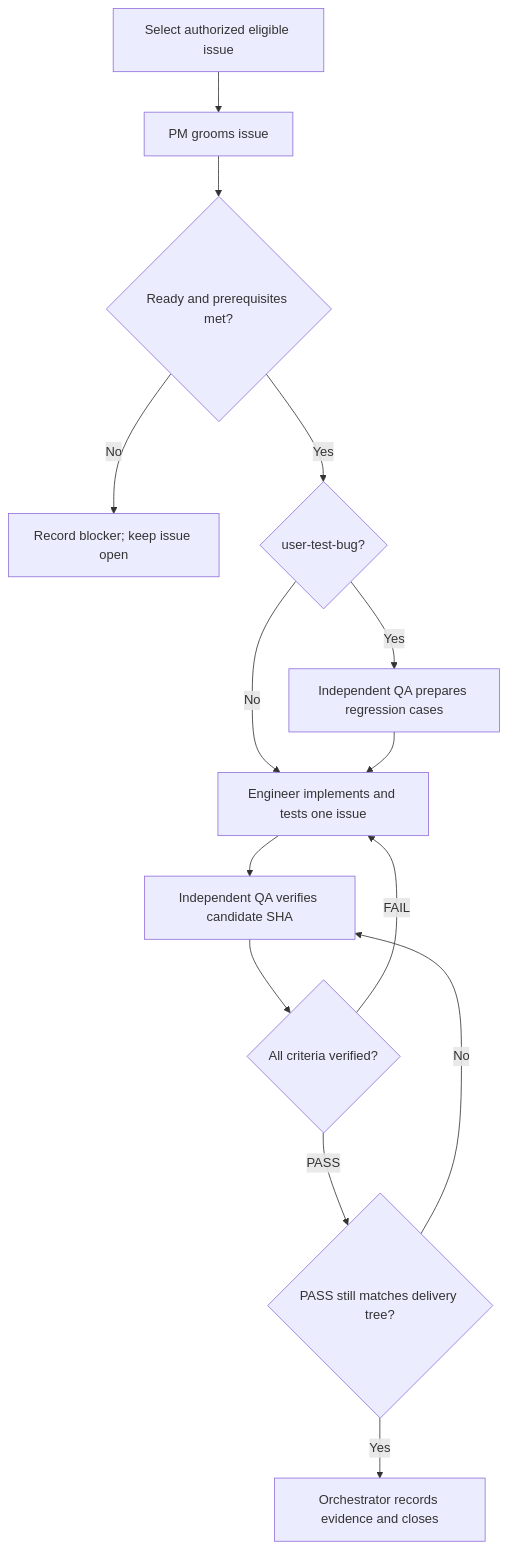
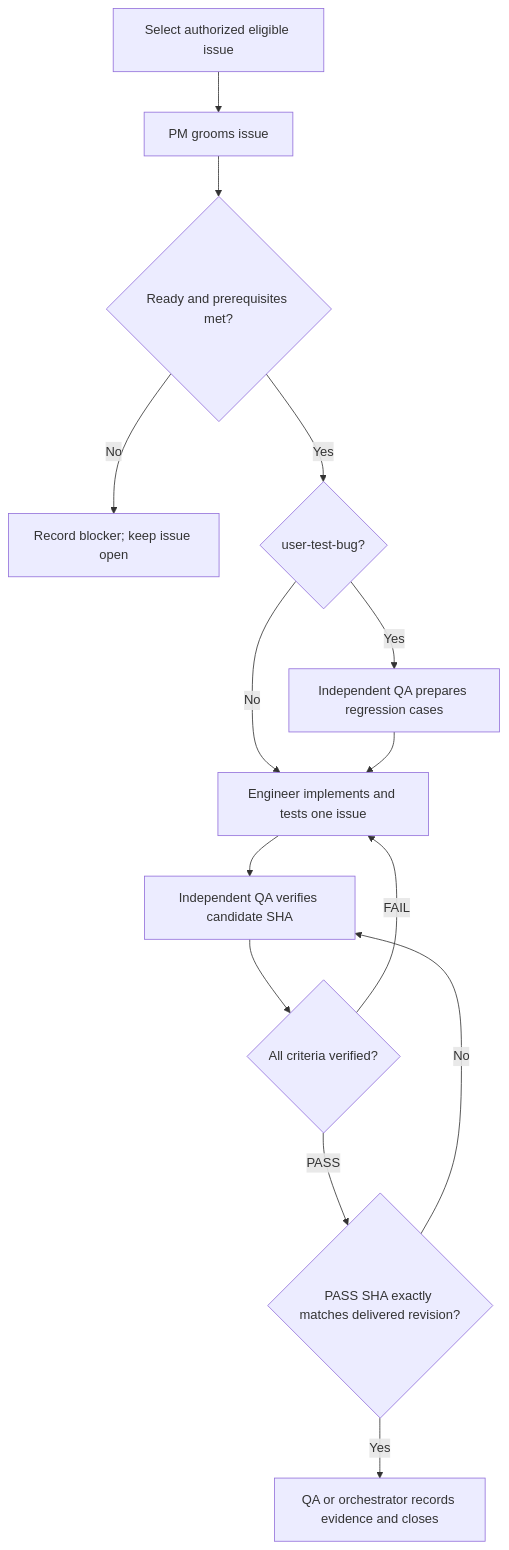
Before and after one commit to ttogzhann/freshfirst-market: the diagram in docs/process.md, drawn with Mermaid. The commit also changed other lines of this file and 11 other files, not shown here.

````diff
--- a/docs/process.md
+++ b/docs/process.md
@@ -36,16 +36,16 @@
 ```mermaid
 flowchart TD
     Select[Select authorized eligible issue] --> PM[PM grooms issue]
     PM --> Ready{Ready and prerequisites met?}
     Ready -- No --> Hold[Record blocker; keep issue open]
     Ready -- Yes --> Kind{user-test-bug?}
     Kind -- Yes --> Cases[Independent QA prepares regression cases]
     Kind -- No --> Engineer[Engineer implements and tests one issue]
     Cases --> Engineer
     Engineer --> QA[Independent QA verifies candidate SHA]
     QA --> Verdict{All criteria verified?}
     Verdict -- FAIL --> Engineer
-    Verdict -- PASS --> Gate{PASS still matches delivery tree?}
+    Verdict -- PASS --> Gate{PASS SHA exactly matches delivered revision?}
     Gate -- No --> QA
-    Gate -- Yes --> Close[Orchestrator records evidence and closes]
+    Gate -- Yes --> Close[QA or orchestrator records evidence and closes]
 ```
````
